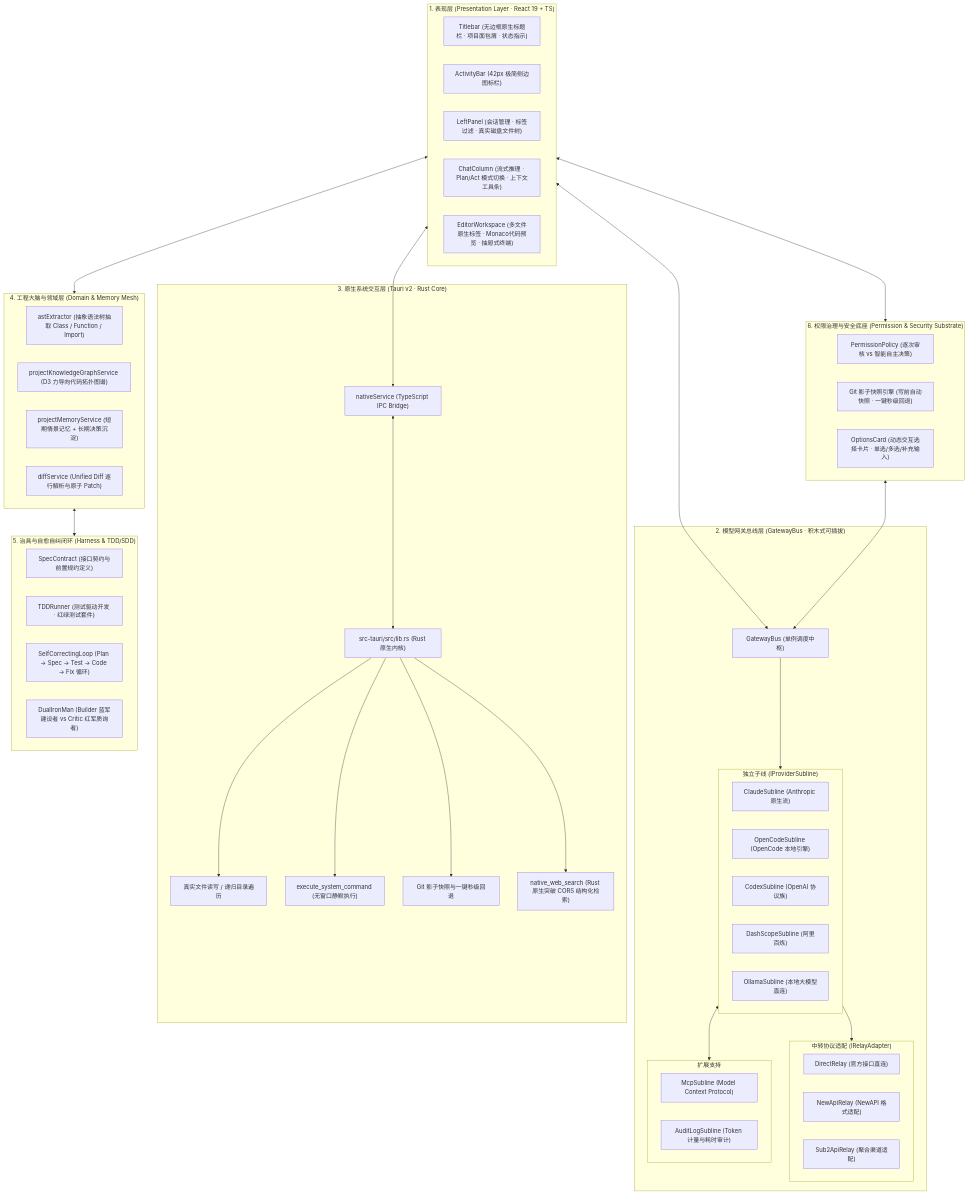
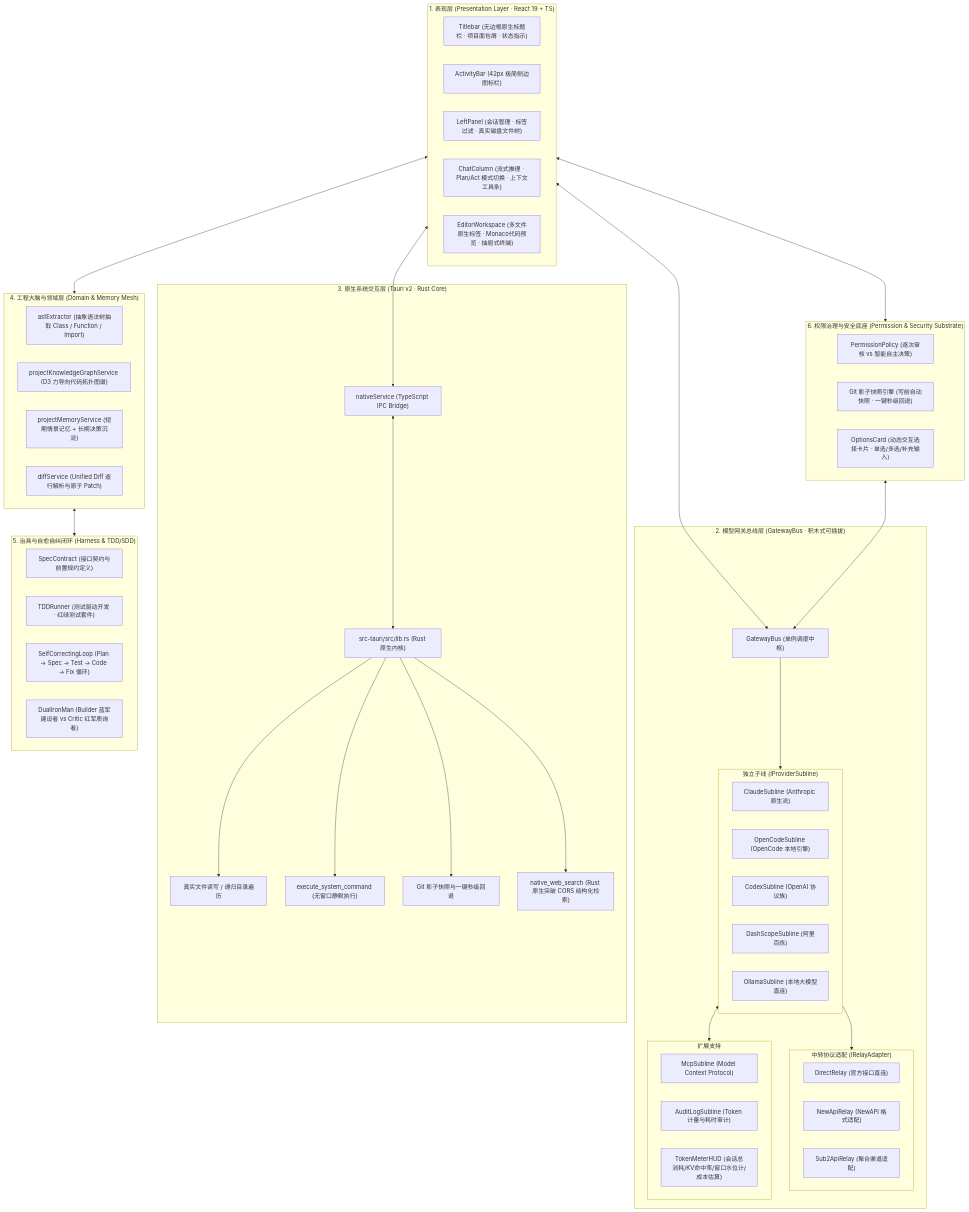
The first of 2 diagrams in ARCHITECTURE.md (zhangqi77ok-sys/GitWorklog), drawn with Mermaid before and after one commit. The commit also changed 1 other file, not shown here.

Commit message:
feat(prd): add session total token and cost telemetry HUD to PRD and Architecture

````diff
--- a/ARCHITECTURE.md
+++ b/ARCHITECTURE.md
@@ -10,69 +10,70 @@
 ```mermaid
 graph TB
     subgraph UI ["1. 表现层 (Presentation Layer · React 19 + TS)"]
         Titlebar["Titlebar (无边框原生标题栏 · 项目面包屑 · 状态指示)"]
         ActivityBar["ActivityBar (42px 极简侧边图标栏)"]
         LeftPanel["LeftPanel (会话管理 · 标签过滤 · 真实磁盘文件树)"]
         ChatColumn["ChatColumn (流式推理 · Plan/Act 模式切换 · 上下文工具条)"]
         EditorWorkspace["EditorWorkspace (多文件原生标签 · Monaco代码预览 · 抽屉式终端)"]
     end
 
     subgraph Bus ["2. 模型网关总线层 (GatewayBus · 积木式可插拔)"]
         GatewayBus["GatewayBus (单例调度中枢)"]
         subgraph Sublines ["独立子线 (IProviderSubline)"]
             ClaudeLine["ClaudeSubline (Anthropic 原生流)"]
             OpenCodeLine["OpenCodeSubline (OpenCode 本地引擎)"]
             CodexLine["CodexSubline (OpenAI 协议族)"]
             DashScopeLine["DashScopeSubline (阿里百炼)"]
             OllamaLine["OllamaSubline (本地大模型直连)"]
         end
         subgraph Relays ["中转协议适配 (IRelayAdapter)"]
             DirectRelay["DirectRelay (官方接口直连)"]
             NewApiRelay["NewApiRelay (NewAPI 格式适配)"]
             Sub2ApiRelay["Sub2ApiRelay (聚合渠道适配)"]
         end
         subgraph Extensions ["扩展支持"]
             McpSubline["McpSubline (Model Context Protocol)"]
             AuditSubline["AuditLogSubline (Token 计量与耗时审计)"]
+            TokenMeterHUD["TokenMeterHUD (会话总消耗/KV命中率/窗口水位计/成本估算)"]
         end
     end
 
     subgraph NativeIPC ["3. 原生系统交互层 (Tauri v2 · Rust Core)"]
         NativeBridge["nativeService (TypeScript IPC Bridge)"]
         RustCore["src-tauri/src/lib.rs (Rust 原生内核)"]
         DiskIO["真实文件读写 / 递归目录遍历"]
         SysCmd["execute_system_command (无窗口静默执行)"]
         GitCheckpoint["Git 影子快照与一键秒级回退"]
         WebSearchEngine["native_web_search (Rust 原生突破 CORS 结构化检索)"]
     end
 
     subgraph DomainBrain ["4. 工程大脑与领域层 (Domain & Memory Mesh)"]
         ASTParser["astExtractor (抽象语法树抽取 Class / Function / Import)"]
         GraphRAG["projectKnowledgeGraphService (D3 力导向代码拓扑图谱)"]
         MemoryMesh["projectMemoryService (短期情景记忆 + 长期决策沉淀)"]
         DiffEngine["diffService (Unified Diff 逐行解析与原子 Patch)"]
     end
 
     subgraph HarnessSuite ["5. 治具与自愈自纠闭环 (Harness & TDD/SDD)"]
         SpecContract["SpecContract (接口契约与前置规约定义)"]
         TDDRunner["TDDRunner (测试驱动开发 · 红绿测试套件)"]
         SelfLoop["SelfCorrectingLoop (Plan → Spec → Test → Code → Fix 循环)"]
         DualIronMan["DualIronMan (Builder 蓝军建设者 vs Critic 红军质询者)"]
     end
 
     subgraph SecuritySubstrate ["6. 权限治理与安全底座 (Permission & Security Substrate)"]
         PermissionGateway["PermissionPolicy (逐次审核 vs 智能自主决策)"]
         GitShadow["Git 影子快照引擎 (写前自动快照 · 一键秒级回退)"]
         OptionsCard["OptionsCard (动态交互选择卡片 · 单选/多选/补充输入)"]
     end
 
     UI <--> NativeBridge
     NativeBridge <--> RustCore
     RustCore --> DiskIO & SysCmd & GitCheckpoint & WebSearchEngine
     UI <--> GatewayBus
     GatewayBus --> Sublines --> Relays
     Sublines <--> Extensions
     UI <--> DomainBrain
     DomainBrain <--> HarnessSuite
     UI <--> SecuritySubstrate <--> GatewayBus
 ```
````
